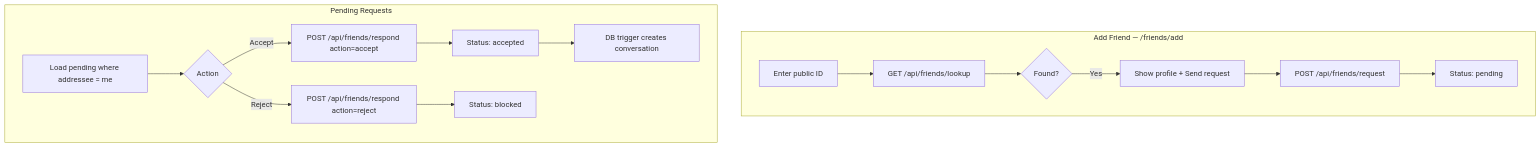
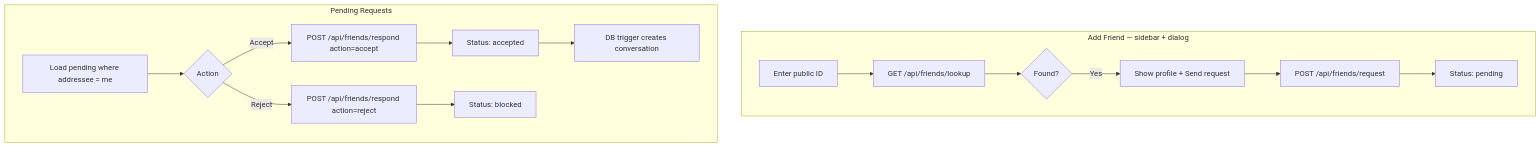
One commit to mustafafoisol/CallingApp changed the diagram in architecture/features/friends.md. Above: the diagram before and after it, drawn with Mermaid. The commit also changed other lines of this file and 12 other files, not shown here.

Commit message:
feat(web): add friend dialog from sidebar plus button

````diff
--- a/architecture/features/friends.md
+++ b/architecture/features/friends.md
@@ -7,19 +7,19 @@
 ```mermaid
 flowchart TB
-  subgraph add [Add Friend — /friends/add]
+  subgraph add [Add Friend — sidebar + dialog]
     A[Enter public ID] --> B[GET /api/friends/lookup]
     B --> C{Found?}
     C -->|Yes| D[Show profile + Send request]
     D --> E[POST /api/friends/request]
     E --> F[Status: pending]
   end
 
   subgraph pending [Pending Requests]
     G[Load pending where addressee = me] --> H{Action}
     H -->|Accept| I[POST /api/friends/respond action=accept]
     H -->|Reject| J[POST /api/friends/respond action=reject]
     I --> K[Status: accepted]
     J --> L[Status: blocked]
     K --> M[DB trigger creates conversation]
   end
 ```
````
